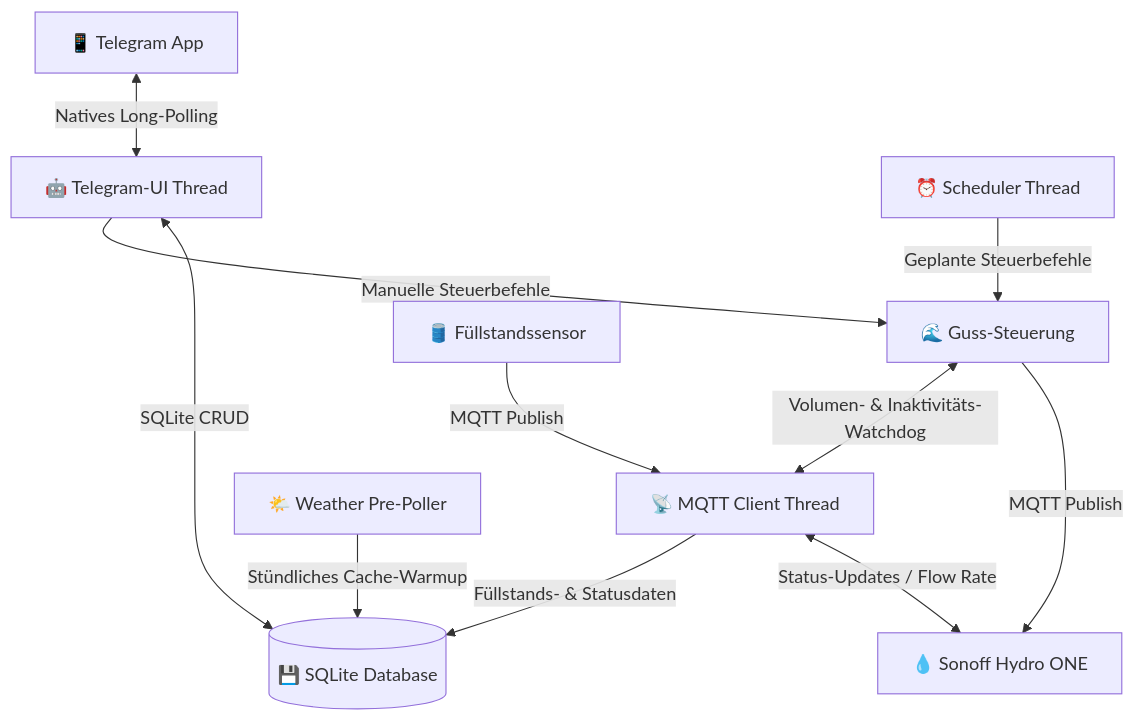
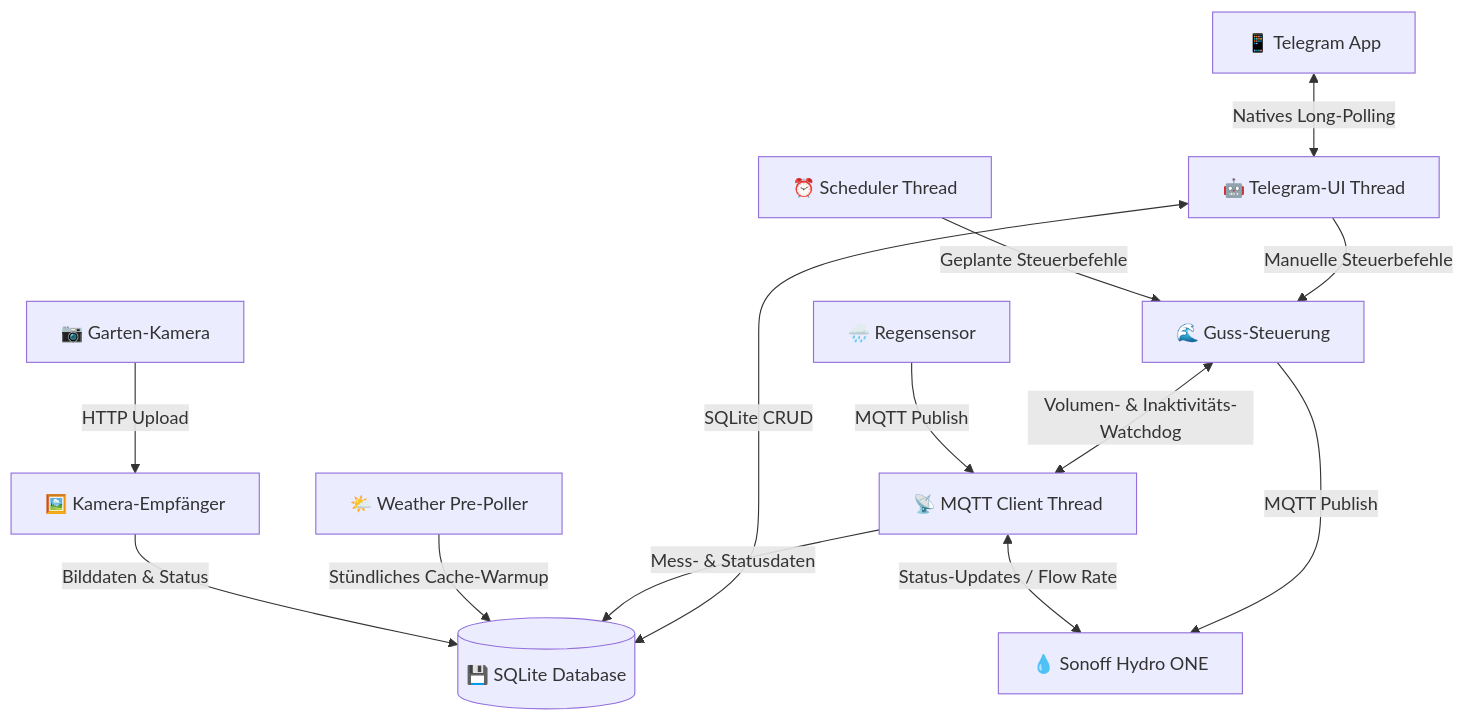
The diagram in README.md (g41nxe/telegram-GartenBot), drawn with Mermaid before and after one commit. The commit also changed other lines of this file, not shown here.

````diff
--- a/README.md
+++ b/README.md
@@ -26,13 +31,15 @@
 ```mermaid
 graph TD
     User[📱 Telegram App] <-->|Natives Long-Polling| Bot[🤖 Telegram-UI Thread]
     Bot <-->|SQLite CRUD| DB[(💾 SQLite Database)]
     Bot -->|Manuelle Steuerbefehle| Ctrl[🌊 Guss-Steuerung]
     Scheduler[⏰ Scheduler Thread] -->|Geplante Steuerbefehle| Ctrl
     Ctrl -->|MQTT Publish| Valve[💧 Sonoff Hydro ONE]
     Ctrl <-->|Volumen- & Inaktivitäts-Watchdog| MQTT[📡 MQTT Client Thread]
     MQTT <-->|Status-Updates / Flow Rate| Valve
-    MQTT -->|Füllstands- & Statusdaten| DB
-    Sensor[🛢️ Füllstandssensor] -->|MQTT Publish| MQTT
+    MQTT -->|Mess- & Statusdaten| DB
+    RainSensor[🌧️ Regensensor] -->|MQTT Publish| MQTT
     Weather[🌤️ Weather Pre-Poller] -->|Stündliches Cache-Warmup| DB
+    Camera[📷 Garten-Kamera] -->|HTTP Upload| CamRx[🖼️ Kamera-Empfänger]
+    CamRx -->|Bilddaten & Status| DB
 ```
````
